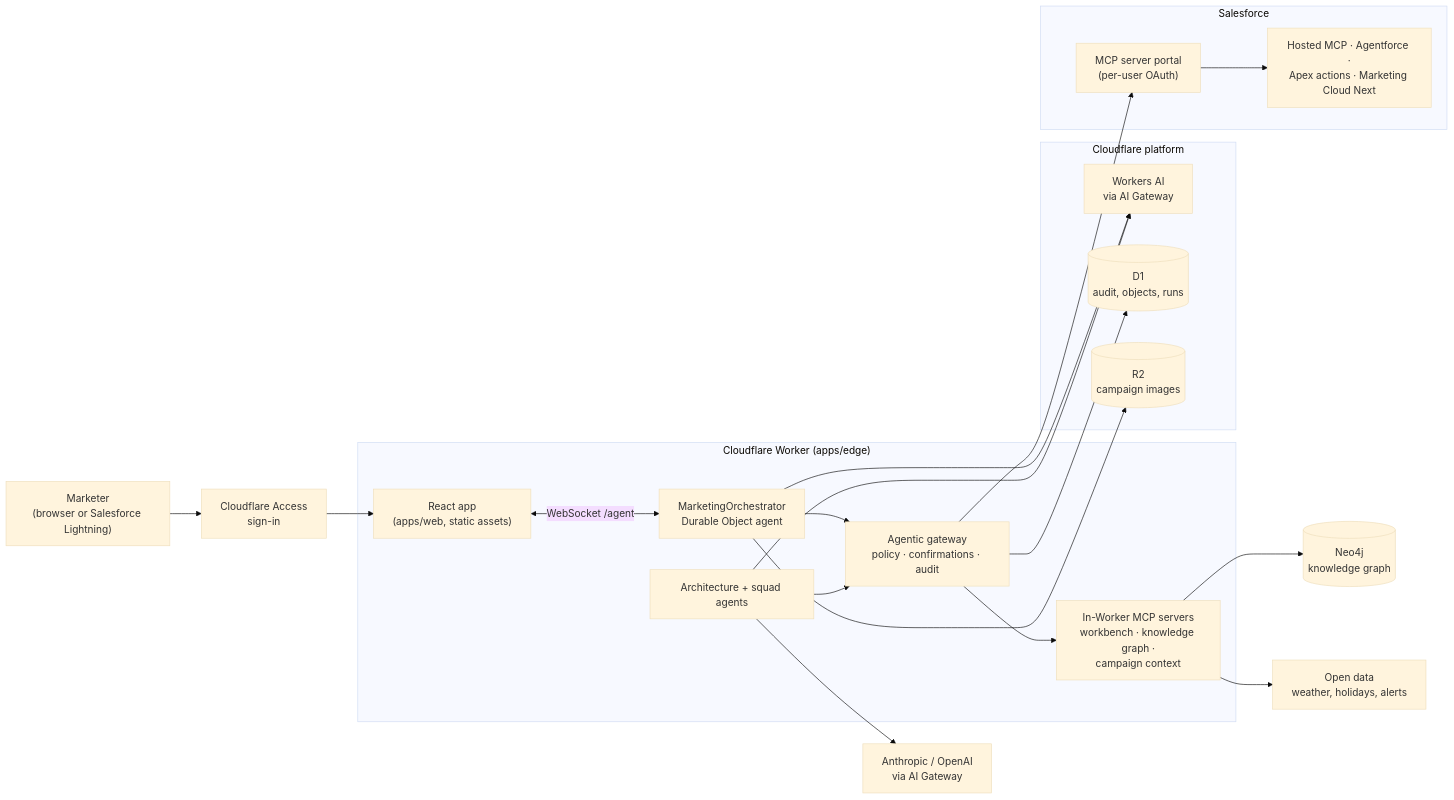
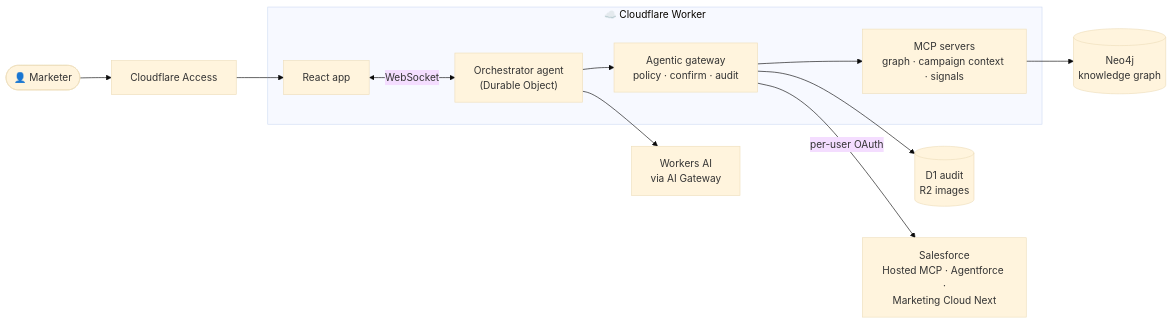
Before and after one commit to awbauer/agentic-marketing-demo: the diagram in README.md, drawn with Mermaid (base theme). The commit also changed other lines of this file and 7 other files, not shown here.

````diff
--- a/README.md
+++ b/README.md
@@ -25,42 +77,24 @@
 ```mermaid
 flowchart LR
-  user["Marketer<br/>(browser or Salesforce Lightning)"]
-  access["Cloudflare Access<br/>sign-in"]
+  user(["👤 Marketer"])
+  access["Cloudflare Access"]
 
-  subgraph worker["Cloudflare Worker (apps/edge)"]
-    spa["React app<br/>(apps/web, static assets)"]
-    orch["MarketingOrchestrator<br/>Durable Object agent"]
-    gw["Agentic gateway<br/>policy · confirmations · audit"]
-    mcp["In-Worker MCP servers<br/>workbench · knowledge graph ·<br/>campaign context"]
-    arch["Architecture + squad agents"]
+  subgraph worker["☁️ Cloudflare Worker"]
+    spa["React app"]
+    orch["Orchestrator agent<br/>(Durable Object)"]
+    gw["Agentic gateway<br/>policy · confirm · audit"]
+    mcp["MCP servers<br/>graph · campaign context · signals"]
   end
 
-  subgraph cf["Cloudflare platform"]
-    ai["Workers AI<br/>via AI Gateway"]
-    d1[("D1<br/>audit, objects, runs")]
-    r2[("R2<br/>campaign images")]
-  end
+  ai["Workers AI<br/>via AI Gateway"]
+  data[("D1 audit<br/>R2 images")]
+  sf["Salesforce<br/>Hosted MCP · Agentforce ·<br/>Marketing Cloud Next"]
+  neo[("Neo4j<br/>knowledge graph")]
 
-  subgraph sf["Salesforce"]
-    portal["MCP server portal<br/>(per-user OAuth)"]
-    hosted["Hosted MCP · Agentforce ·<br/>Apex actions · Marketing Cloud Next"]
-  end
-
-  neo[("Neo4j<br/>knowledge graph")]
-  ext["Open data<br/>weather, holidays, alerts"]
-  llm["Anthropic / OpenAI<br/>via AI Gateway"]
-
-  user --> access --> spa
-  spa <-->|WebSocket /agent| orch
+  user --> access --> spa <-->|WebSocket| orch
+  orch --> ai
   orch --> gw
-  arch --> gw
-  gw --> mcp
-  gw --> portal --> hosted
-  mcp --> neo
-  mcp --> ext
-  orch --> ai
-  arch --> ai
-  arch --> llm
-  gw --> d1
-  orch --> r2
+  gw --> mcp --> neo
+  gw -->|per-user OAuth| sf
+  gw --> data
 ```
````
